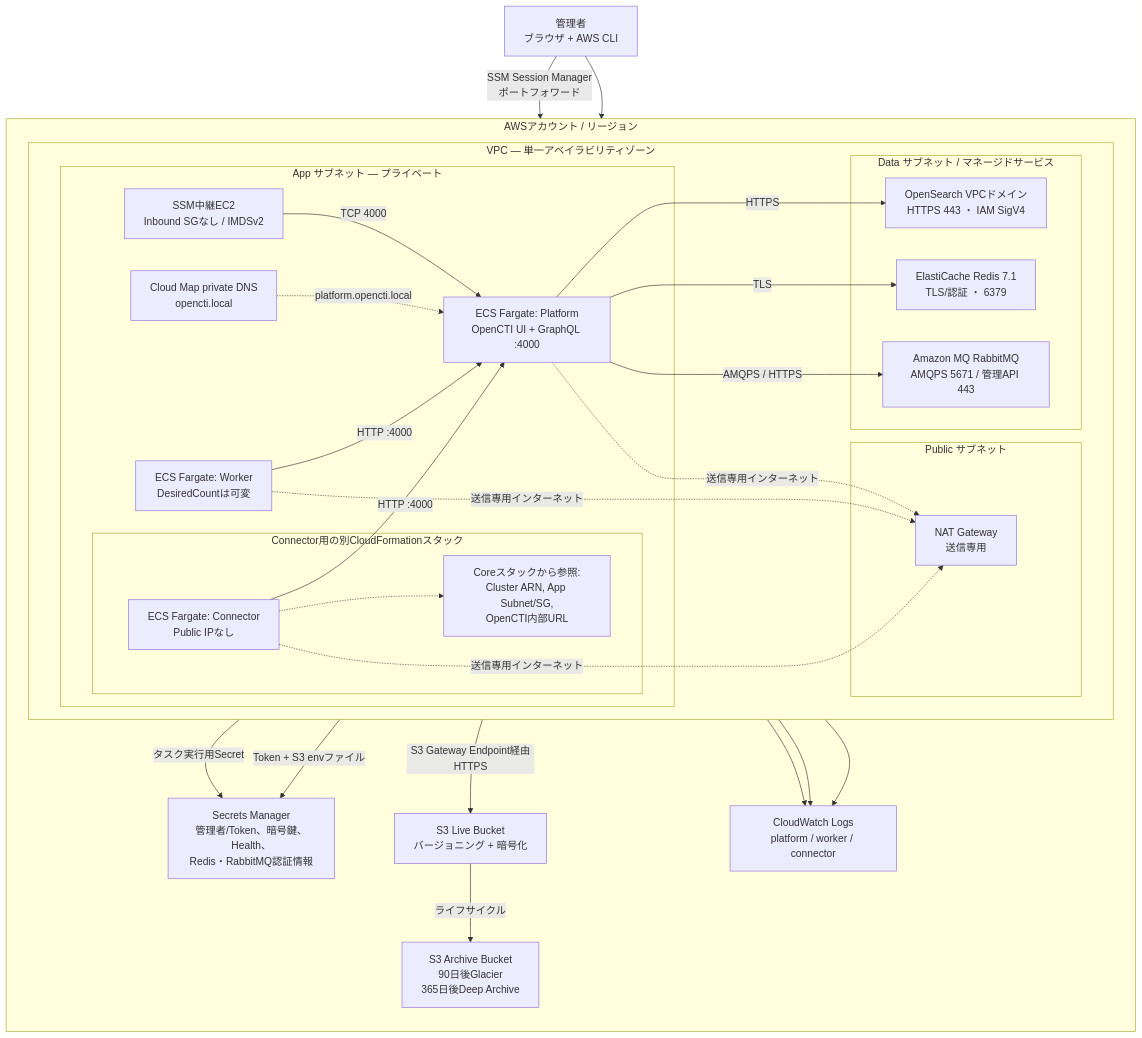
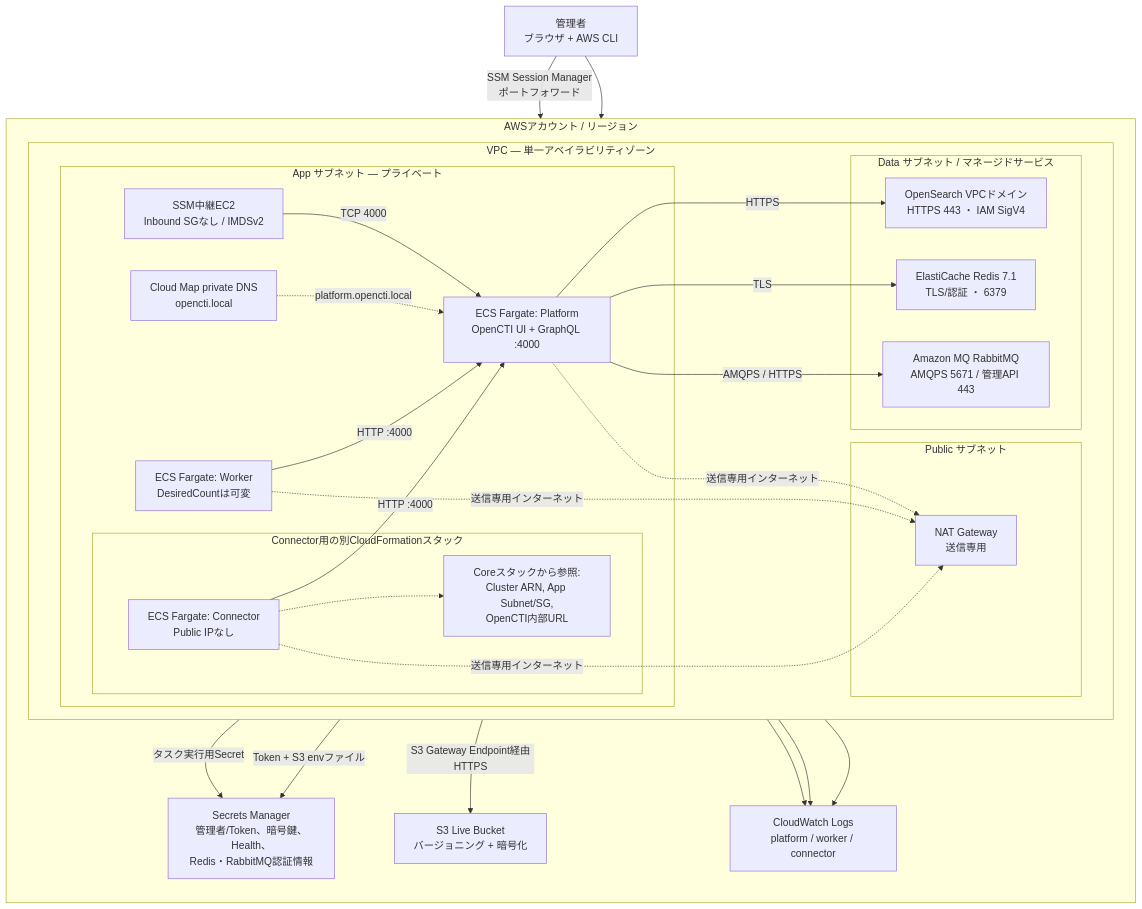
Before and after one commit to kurokuma/opencti-cloudformation: the diagram in docs/opencti-core-connector-architecture.mmd, drawn with Mermaid. The commit also changed 9 other files, not shown here.

First line of the commit message:
Update OpenCTI images to version 7.260728.0 and remove Archive Bucket configuration

```diff
--- a/docs/opencti-core-connector-architecture.mmd
+++ b/docs/opencti-core-connector-architecture.mmd
@@ -1,51 +1,49 @@
 flowchart TB
   Admin["管理者<br/>ブラウザ + AWS CLI"] -->|"SSM Session Manager<br/>ポートフォワード"| Relay
 
   subgraph AWS["AWSアカウント / リージョン"]
     direction TB
     subgraph VPC["VPC — 単一アベイラビリティゾーン"]
       direction LR
       subgraph Public["Public サブネット"]
         NAT["NAT Gateway<br/>送信専用"]
       end
       subgraph App["App サブネット — プライベート"]
         Relay["SSM中継EC2<br/>Inbound SGなし / IMDSv2"]
         DNS["Cloud Map private DNS<br/>opencti.local"]
         Platform["ECS Fargate: Platform<br/>OpenCTI UI + GraphQL :4000"]
         Worker["ECS Fargate: Worker<br/>DesiredCountは可変"]
         subgraph ConnectorStack["Connector用の別CloudFormationスタック"]
           Connector["ECS Fargate: Connector<br/>Public IPなし"]
           Imports["Coreスタックから参照:<br/>Cluster ARN, App Subnet/SG,<br/>OpenCTI内部URL"]
         end
       end
       subgraph Data["Data サブネット / マネージドサービス"]
         OS["OpenSearch VPCドメイン<br/>HTTPS 443 ・ IAM SigV4"]
         Redis["ElastiCache Redis 7.1<br/>TLS/認証 ・ 6379"]
         MQ["Amazon MQ RabbitMQ<br/>AMQPS 5671 / 管理API 443"]
       end
     end
     Secrets["Secrets Manager<br/>管理者/Token、暗号鍵、Health、<br/>Redis・RabbitMQ認証情報"]
     S3Live["S3 Live Bucket<br/>バージョニング + 暗号化"]
-    S3Archive["S3 Archive Bucket<br/>90日後Glacier<br/>365日後Deep Archive"]
     Logs["CloudWatch Logs<br/>platform / worker / connector"]
   end
 
   Admin --> Relay
   Relay -->|"TCP 4000"| Platform
   DNS -.->|"platform.opencti.local"| Platform
   Worker -->|"HTTP :4000"| Platform
   Connector -->|"HTTP :4000"| Platform
   Connector -.-> Imports
   Platform -->|"HTTPS"| OS
   Platform -->|"TLS"| Redis
   Platform -->|"AMQPS / HTTPS"| MQ
   Platform -->|"タスク実行用Secret"| Secrets
   Connector -->|"Token + S3 envファイル"| Secrets
   Platform -->|"S3 Gateway Endpoint経由HTTPS"| S3Live
-  S3Live -->|"ライフサイクル"| S3Archive
   Platform --> Logs
   Worker --> Logs
   Connector --> Logs
   Platform -.->|"送信専用インターネット"| NAT
   Worker -.->|"送信専用インターネット"| NAT
   Connector -.->|"送信専用インターネット"| NAT
```
